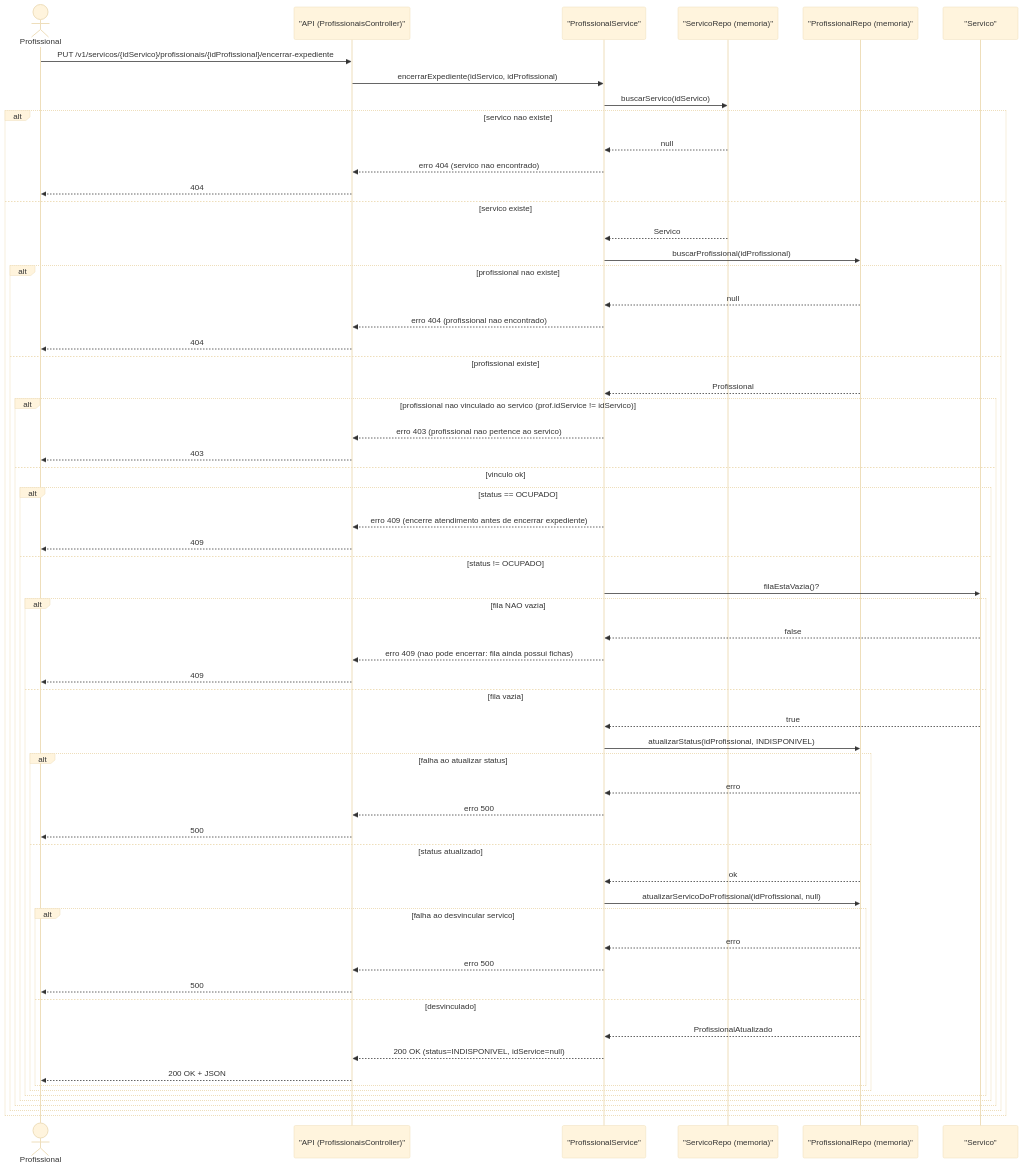
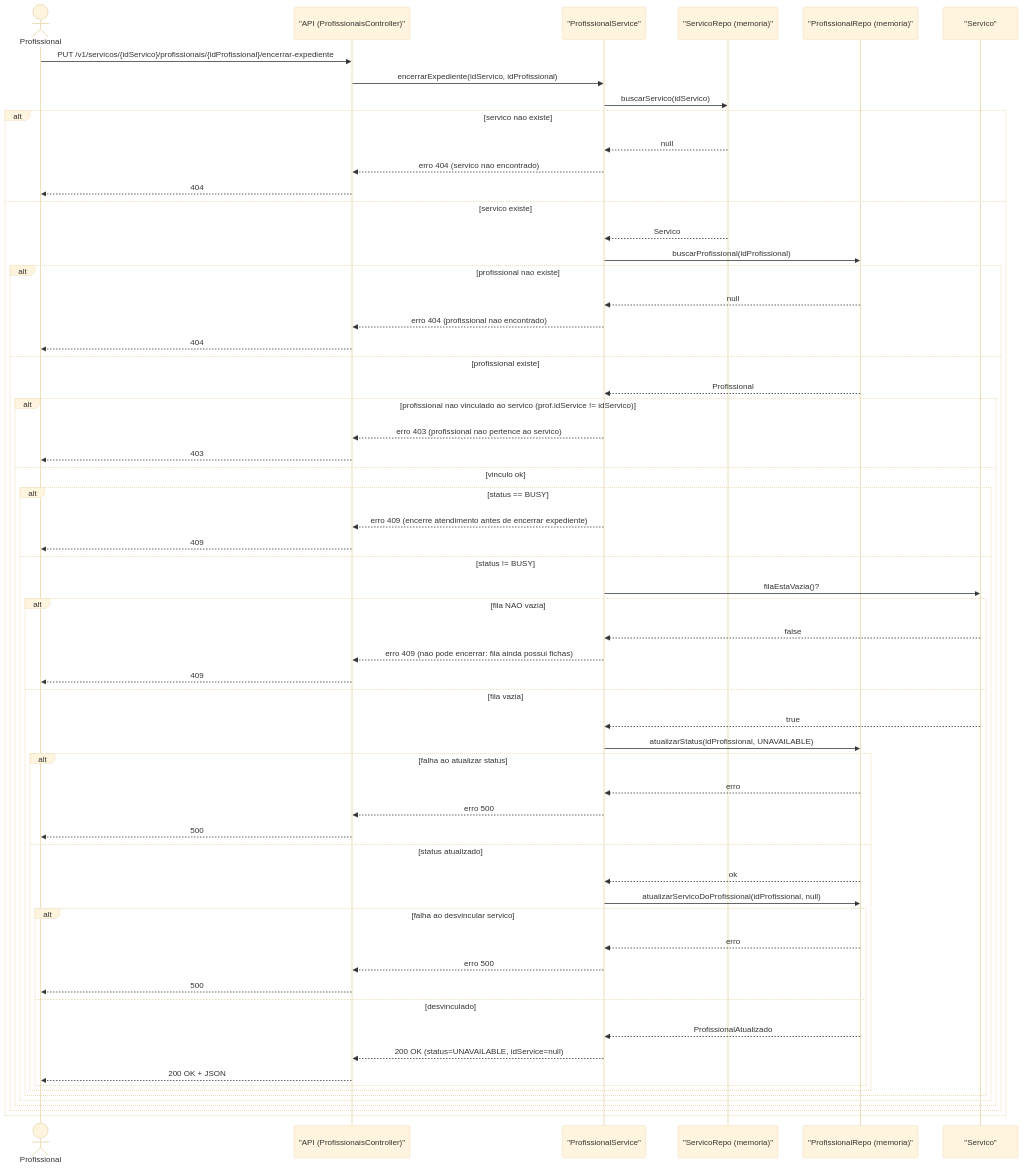
The seventh of 11 diagrams in docs/sequence_diagram.md (IsabelaSiqueira1/systemPDI), drawn with Mermaid (base theme) before and after one commit. The commit also changed other lines of this file and 2 other files, not shown here.

Commit message:
refactor: update service terminology to Portuguese and switch to linked list for service storage

````diff
--- a/docs/sequence_diagram.md
+++ b/docs/sequence_diagram.md
@@ -625,69 +625,69 @@
 ```mermaid
 
 sequenceDiagram
     actor Prof as Profissional
     participant API as "API (ProfissionaisController)"
     participant SVC as "ProfissionalService"
     participant SRepo as "ServicoRepo (memoria)"
     participant PRepo as "ProfissionalRepo (memoria)"
     participant Serv as "Servico"
 
     Prof->>API: PUT /v1/servicos/{idServico}/profissionais/{idProfissional}/encerrar-expediente
     API->>SVC: encerrarExpediente(idServico, idProfissional)
 
     SVC->>SRepo: buscarServico(idServico)
     alt servico nao existe
         SRepo-->>SVC: null
         SVC-->>API: erro 404 (servico nao encontrado)
         API-->>Prof: 404
     else servico existe
         SRepo-->>SVC: Servico
 
         SVC->>PRepo: buscarProfissional(idProfissional)
         alt profissional nao existe
             PRepo-->>SVC: null
             SVC-->>API: erro 404 (profissional nao encontrado)
             API-->>Prof: 404
         else profissional existe
             PRepo-->>SVC: Profissional
 
             alt profissional nao vinculado ao servico (prof.idService != idServico)
                 SVC-->>API: erro 403 (profissional nao pertence ao servico)
                 API-->>Prof: 403
             else vinculo ok
-                alt status == OCUPADO
+                alt status == BUSY
                     SVC-->>API: erro 409 (encerre atendimento antes de encerrar expediente)
                     API-->>Prof: 409
-                else status != OCUPADO
+                else status != BUSY
                     SVC->>Serv: filaEstaVazia()?
                     alt fila NAO vazia
                         Serv-->>SVC: false
                         SVC-->>API: erro 409 (nao pode encerrar: fila ainda possui fichas)
                         API-->>Prof: 409
                     else fila vazia
                         Serv-->>SVC: true
 
-                        SVC->>PRepo: atualizarStatus(idProfissional, INDISPONIVEL)
+                        SVC->>PRepo: atualizarStatus(idProfissional, UNAVAILABLE)
                         alt falha ao atualizar status
                             PRepo-->>SVC: erro
                             SVC-->>API: erro 500
                             API-->>Prof: 500
                         else status atualizado
                             PRepo-->>SVC: ok
                             SVC->>PRepo: atualizarServicoDoProfissional(idProfissional, null)
                             alt falha ao desvincular servico
                                 PRepo-->>SVC: erro
                                 SVC-->>API: erro 500
                                 API-->>Prof: 500
                             else desvinculado
                                 PRepo-->>SVC: ProfissionalAtualizado
-                                SVC-->>API: 200 OK (status=INDISPONIVEL, idService=null)
+                                SVC-->>API: 200 OK (status=UNAVAILABLE, idService=null)
                                 API-->>Prof: 200 OK + JSON
                             end
                         end
                     end
                 end
             end
         end
     end
 ```
````
